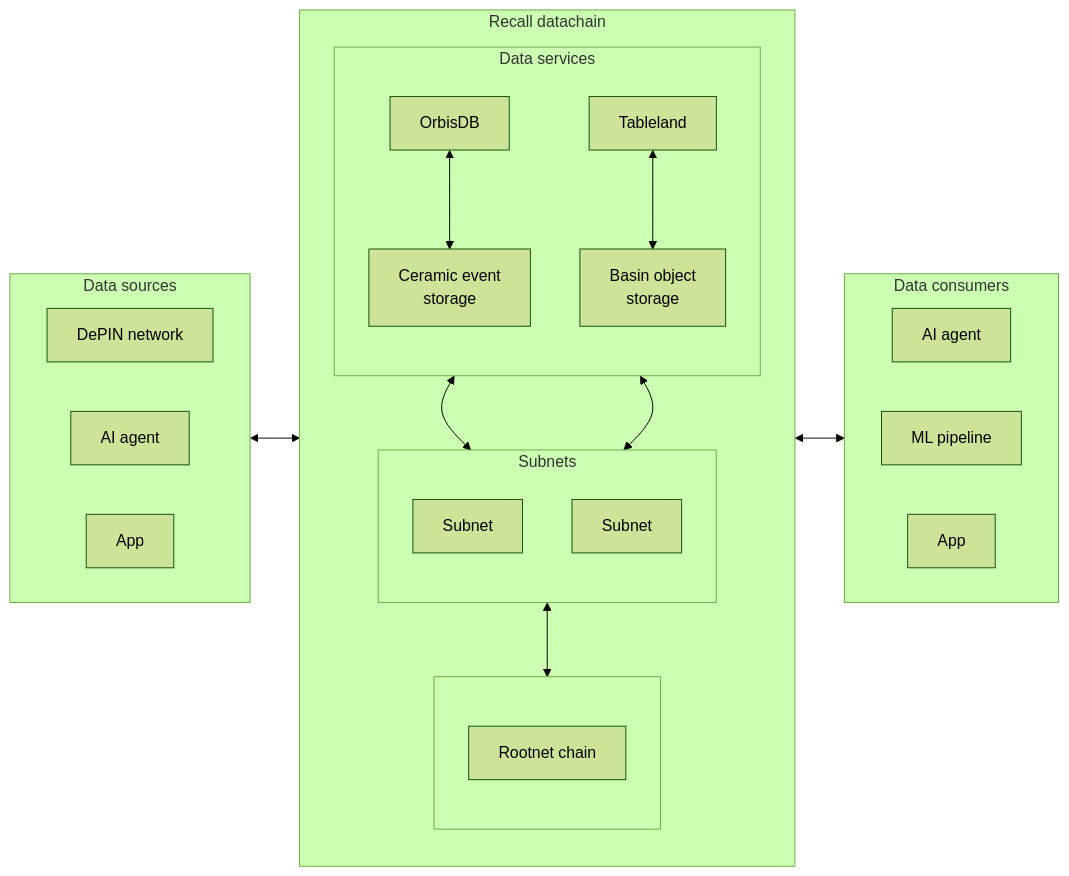
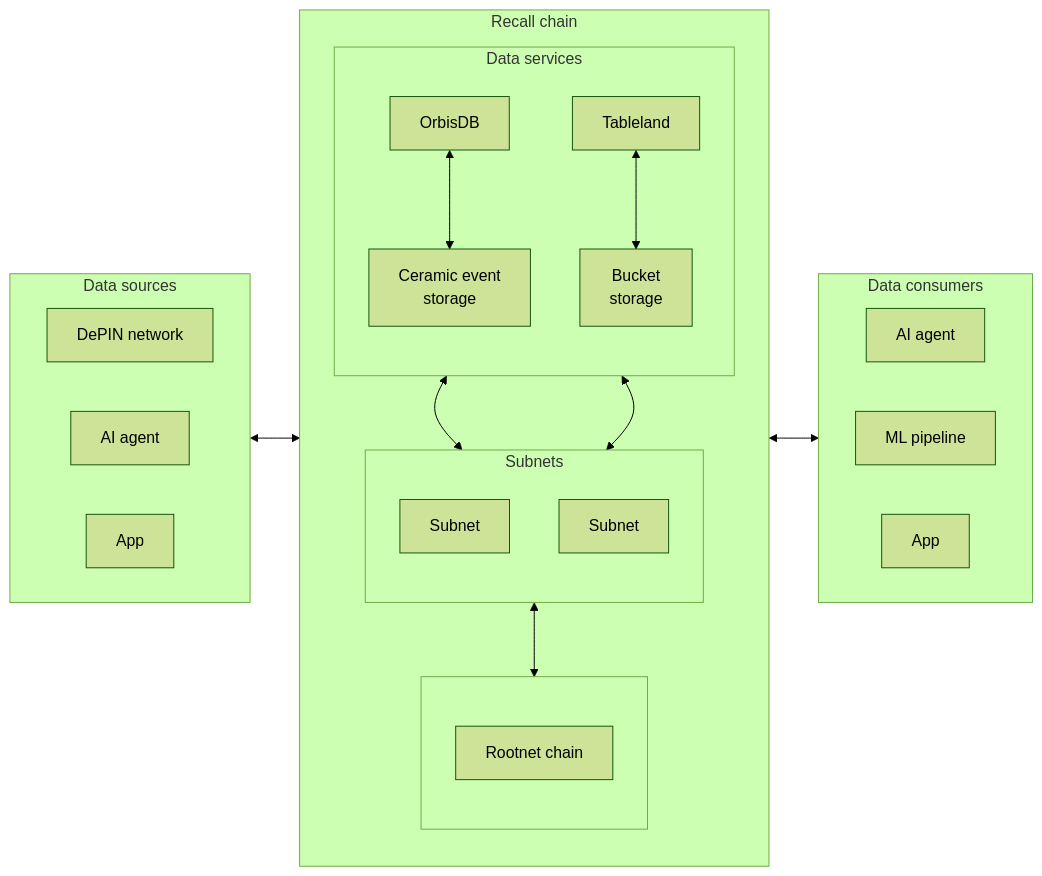
The diagram in docs/intro/what-is-recall.mdx (recallnet/docs), drawn with Mermaid (forest theme) before and after one commit. The commit also changed other lines of this file and 20 other files, not shown here.

Commit message:
chore: rename basin -> recall | fvm, datachain removal

````diff
--- a/docs/intro/what-is-recall.mdx
+++ b/docs/intro/what-is-recall.mdx
@@ -47,45 +47,45 @@
 ```mermaid
 flowchart LR
     subgraph DataSources["Data sources"]
       direction LR
         A["DePIN network"]
         B["AI agent"]
         C["App"]
     end
 
-    subgraph Recall["Recall datachain"]
+    subgraph Recall["Recall chain"]
       direction TB
         subgraph Services["Data services"]
           direction TB
             Ceramic["Ceramic event\nstorage"]
-            Basin["Basin object\nstorage"]
+            Bucket["Bucket\nstorage"]
             Orbis["OrbisDB"]
             Tableland["Tableland"]
         end
         subgraph Subnets["Subnets"]
           direction TB
             SubnetA["Subnet"]
             SubnetB["Subnet"]
         end
       subgraph Rootnet[" "]
         direction TB
           M["Rootnet chain"]
       end
     end
 
     subgraph DataConsumers["Data consumers"]
       direction LR
         D["AI agent"]
         E["ML pipeline"]
         F["App"]
     end
 
 DataSources <--> Recall
 Subnets <--> Rootnet
 Orbis <--> Ceramic
-Tableland <--> Basin
+Tableland <--> Bucket
 Recall <--> DataConsumers
 Ceramic <--> Subnets
-Basin <--> Subnets
+Bucket <--> Subnets
 
 ```
````
